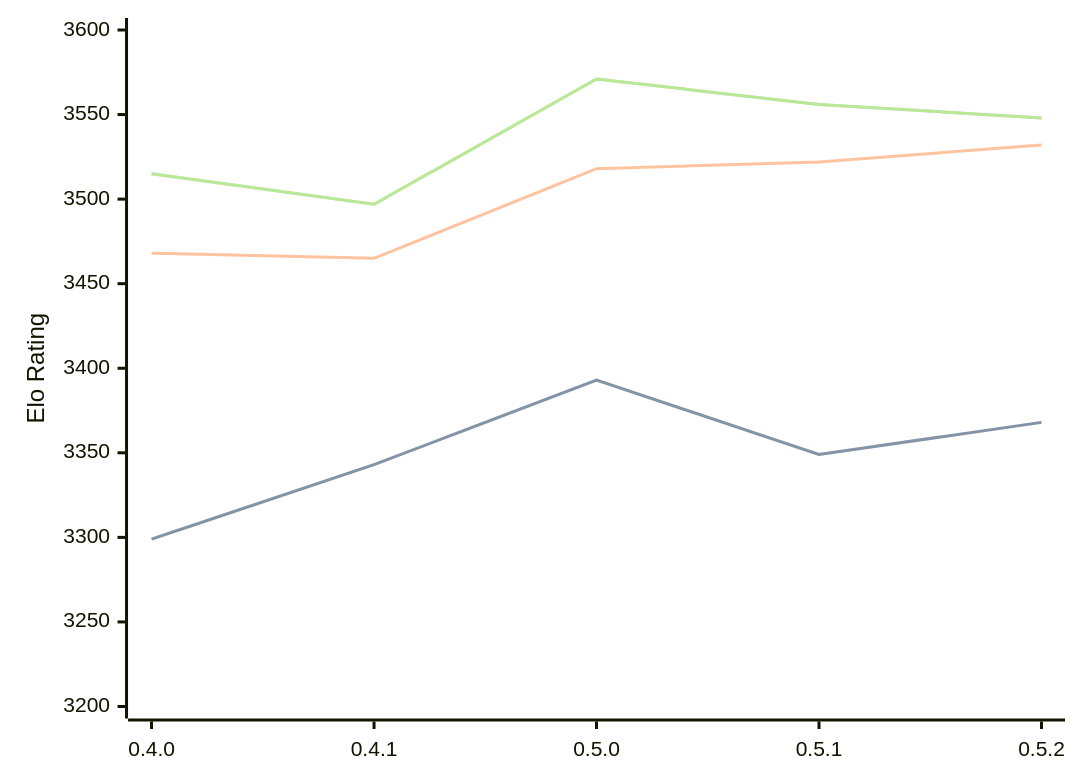
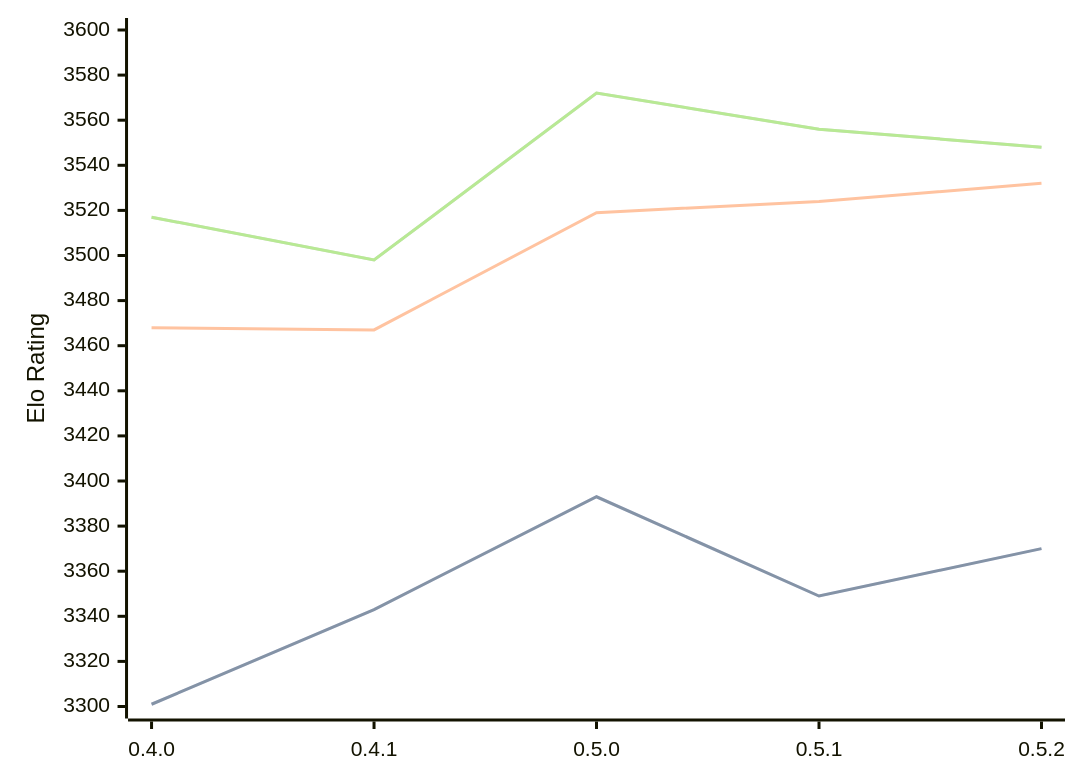
Before and after one commit to computer-chess-index/cci: the diagram in engines/Cinder.md, drawn with Mermaid. The commit also changed other lines of this file, not shown here.

Commit message:
Update CCI Ratings (ELO VLTC) - 2026-07-31

````diff
--- a/engines/Cinder.md
+++ b/engines/Cinder.md
@@ -43,11 +43,11 @@
 ```mermaid
 %%{init: {"theme":"base","themeVariables":{"seriesColors:['#a3a3a3','#222221','#faa371']}}}%%
 xychart-beta
   x-axis ["0.4.0", "0.4.1", "0.5.0", "0.5.1", "0.5.2"]
-  y-axis "Elo Rating" 3200 --> 3600
-  line "STC (8.0+0.08s)" [3299, 3343, 3393, 3349, 3368]
-  line "STC (8.0+0.08s)" [3299, 3343, 3393, 3349, 3368]
-  line "LTC (60.0+0.60s)" [3468, 3465, 3518, 3522, 3532]
-  line "VLTC (2m24s+1.12s)" [3515, 3497, 3571, 3556, 3548]
-  line "VLTC (2m24s+1.12s)" [3515, 3497, 3571, 3556, 3548]
+  y-axis "Elo Rating" 3300 --> 3600
+  line "STC (8.0+0.08s)" [3301, 3343, 3393, 3349, 3370]
+  line "STC (8.0+0.08s)" [3301, 3343, 3393, 3349, 3370]
+  line "LTC (60.0+0.60s)" [3468, 3467, 3519, 3524, 3532]
+  line "VLTC (2m24s+1.12s)" [3517, 3498, 3572, 3556, 3548]
+  line "VLTC (2m24s+1.12s)" [3517, 3498, 3572, 3556, 3548]
 ```
````
